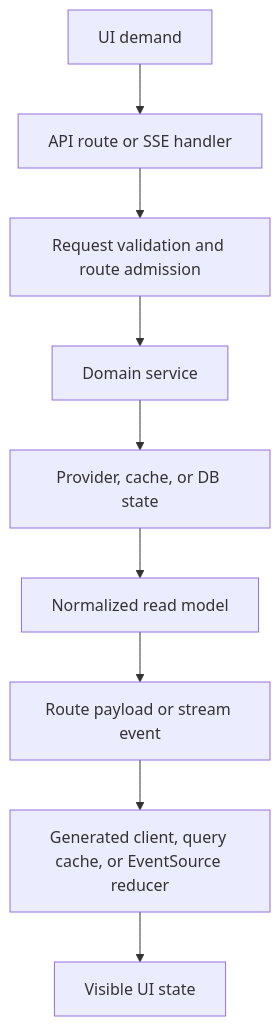
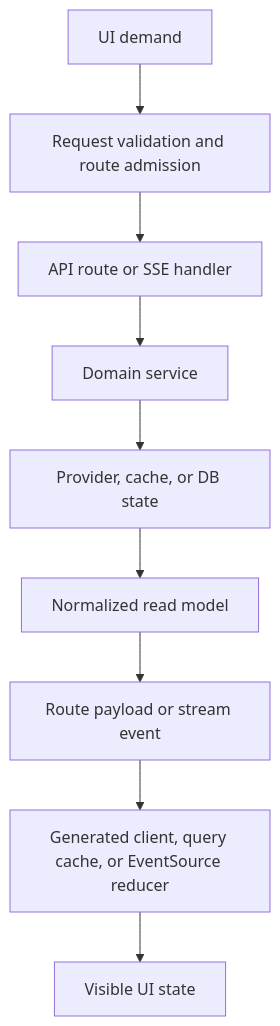
Before and after one commit to logicalorigin/trading-platform: the seventh of 15 diagrams in docs/backend-data-map.md, drawn with Mermaid. The commit also changed other lines of this file and 13 other files, not shown here.

First line of the commit message:
feat(diagnostics): wire backend data-machine diagram + runtime contract

````diff
--- a/docs/backend-data-map.md
+++ b/docs/backend-data-map.md
@@ -1994,14 +2163,14 @@
 ```mermaid
 flowchart TD
   UiDemand["UI demand"]
+  Boundary["Request validation and route admission"]
   Route["API route or SSE handler"]
-  Boundary["Request validation and route admission"]
   Service["Domain service"]
   State["Provider, cache, or DB state"]
   Model["Normalized read model"]
   Payload["Route payload or stream event"]
   Client["Generated client, query cache, or EventSource reducer"]
   View["Visible UI state"]
 
-  UiDemand --> Route --> Boundary --> Service --> State --> Model --> Payload --> Client --> View
+  UiDemand --> Boundary --> Route --> Service --> State --> Model --> Payload --> Client --> View
 ```
````
